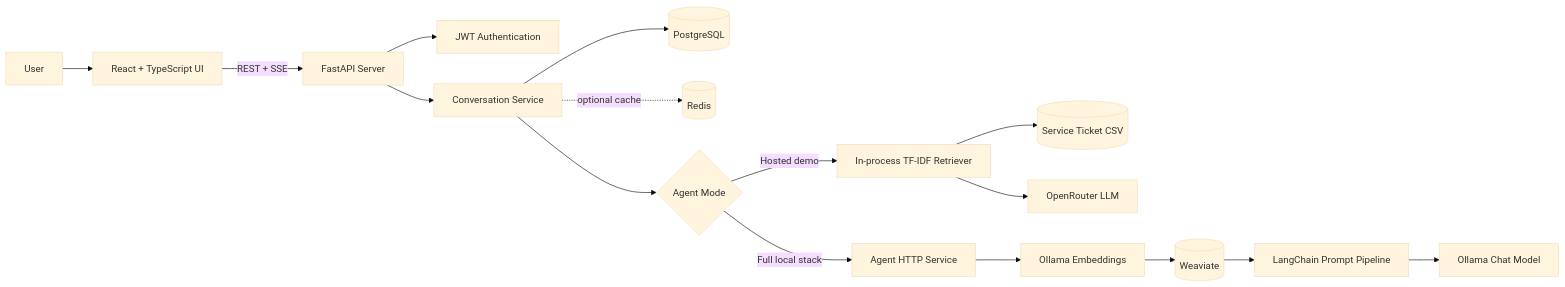
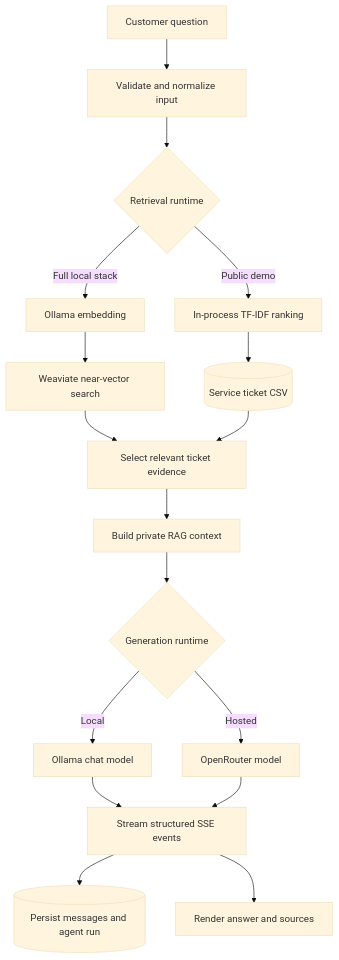
Before and after one commit to pew35/TicketRAGAgent: the diagram in README.md, drawn with Mermaid (base theme). The commit also changed other lines of this file and 2 other files, not shown here.

Commit message:
Refocus README on agent engineering

````diff
--- a/README.md
+++ b/README.md
@@ -66,20 +50,22 @@
 ```mermaid
-flowchart LR
-    U[User] --> F[React + TypeScript UI]
-    F -->|REST + SSE| S[FastAPI Server]
-    S --> A[JWT Authentication]
-    S --> C[Conversation Service]
-    C --> P[(PostgreSQL)]
-    C -. optional cache .-> R[(Redis)]
+flowchart TD
+    Q[Customer question] --> V[Validate and normalize input]
+    V --> R{Retrieval runtime}
 
-    C --> M{Agent Mode}
-    M -->|Hosted demo| I[In-process TF-IDF Retriever]
-    I --> D[(Service Ticket CSV)]
-    I --> O[OpenRouter LLM]
+    R -->|Full local stack| E[Ollama embedding]
+    E --> W[Weaviate near-vector search]
 
-    M -->|Full local stack| H[Agent HTTP Service]
-    H --> E[Ollama Embeddings]
-    E --> W[(Weaviate)]
-    W --> L[LangChain Prompt Pipeline]
-    L --> G[Ollama Chat Model]
+    R -->|Public demo| T[In-process TF-IDF ranking]
+    T --> CSV[(Service ticket CSV)]
+
+    W --> C[Select relevant ticket evidence]
+    CSV --> C
+    C --> P[Build private RAG context]
+    P --> G{Generation runtime}
+    G -->|Local| O[Ollama chat model]
+    G -->|Hosted| OR[OpenRouter model]
+    O --> S[Stream structured SSE events]
+    OR --> S
+    S --> DB[(Persist messages and agent run)]
+    S --> UI[Render answer and sources]
 ```
````
